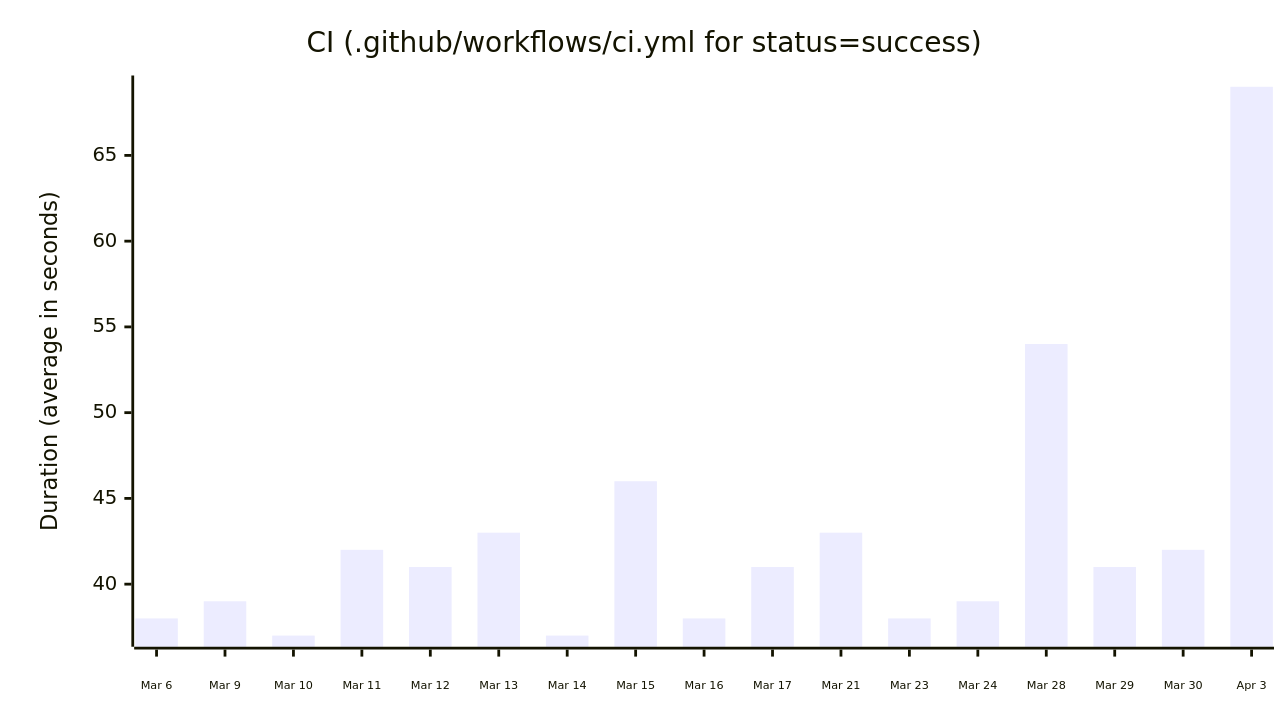
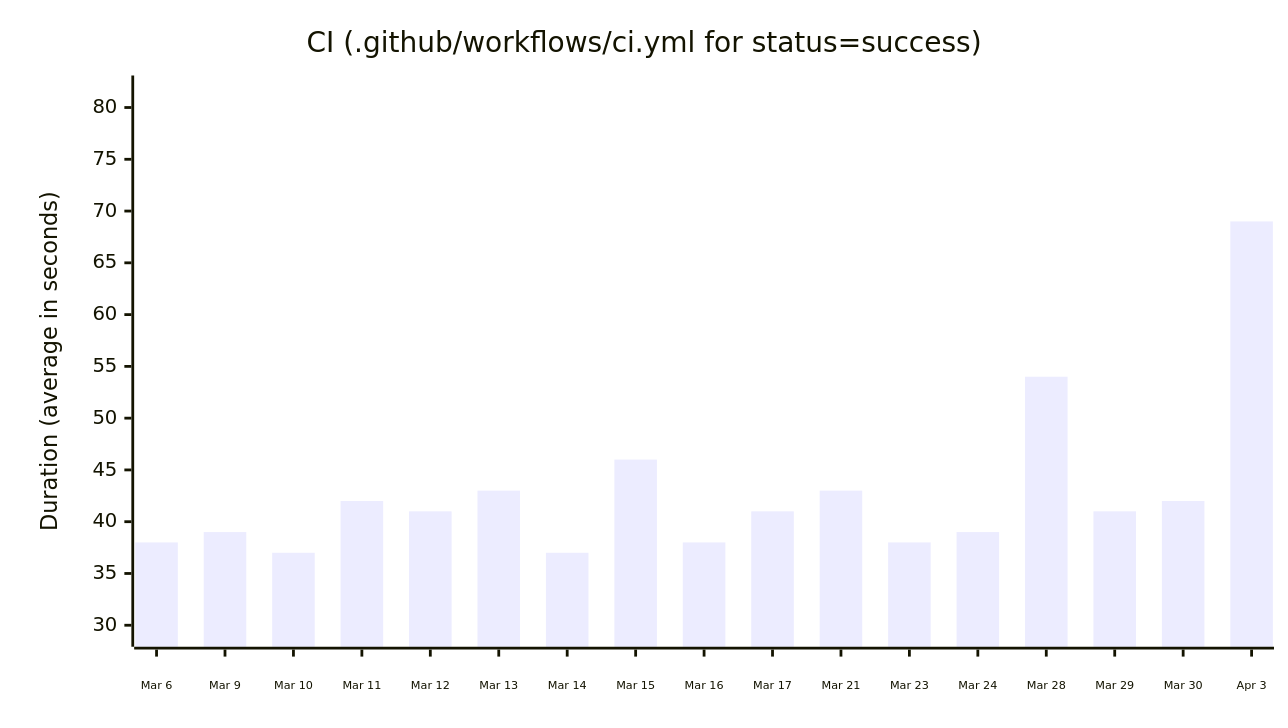
One commit to yykamei/github-workflows-metrics changed the diagram in README.md. Above: the diagram before and after it, drawn with Mermaid. The commit also changed 4 other files, not shown here.

````diff
--- a/README.md
+++ b/README.md
@@ -6,17 +6,17 @@
 ```mermaid
 ---
 config:
     xyChart:
         width: 900
         xAxis:
             labelPadding: 16
             labelFontSize: 8
         yAxis:
             titlePadding: 16
 ---
 xychart-beta
     title "CI (.github/workflows/ci.yml for status=success)"
     x-axis ["Mar 6", "Mar 9", "Mar 10", "Mar 11", "Mar 12", "Mar 13", "Mar 14", "Mar 15", "Mar 16", "Mar 17", "Mar 21", "Mar 23", "Mar 24", "Mar 28", "Mar 29", "Mar 30", "Apr 3"]
-    y-axis "Duration (average in seconds)"
-    bar [38, 39, 37, 42,41, 43, 37, 46, 38,41, 43, 38, 39, 54,41, 42, 69]
+    y-axis "Duration (average in seconds)" 29 --> 82
+    bar [38, 39, 37, 42,41, 43, 37, 46, 38,41, 43, 38, 39, 54, 41, 42, 69]
 ```
````
